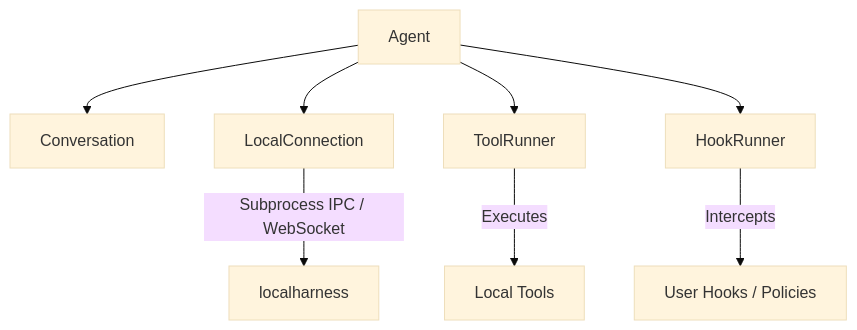
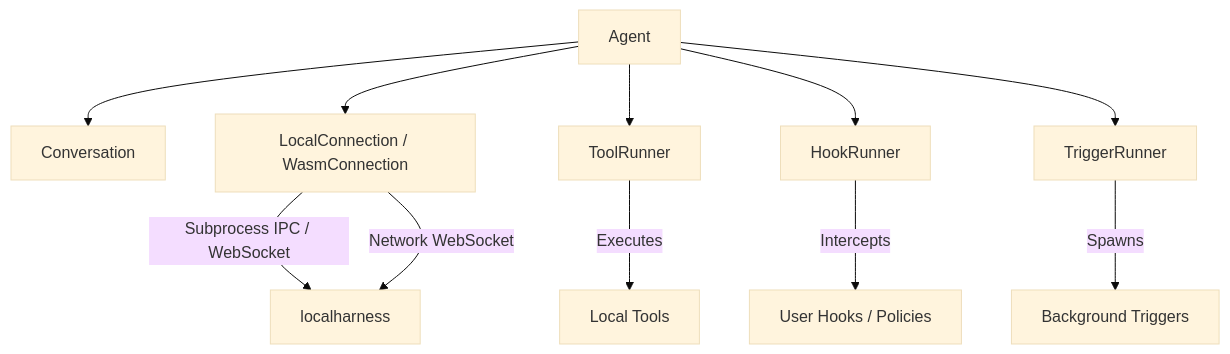
One commit to Navegos/antigravity-sdk-rust changed the first of 3 diagrams in ARCHITECTURE.md. Above: the diagram before and after it, drawn with Mermaid (base theme). The commit also changed other lines of this file and 2 other files, not shown here.

````diff
--- a/ARCHITECTURE.md
+++ b/ARCHITECTURE.md
@@ -11,10 +11,13 @@
 ```mermaid
 graph TD
     A[Agent] --> B[Conversation]
-    A --> C[LocalConnection]
+    A --> C[LocalConnection / WasmConnection]
     A --> D[ToolRunner]
     A --> E[HookRunner]
+    A --> I[TriggerRunner]
     C -->|Subprocess IPC / WebSocket| F[localharness]
+    C -->|Network WebSocket| F
     D -->|Executes| G[Local Tools]
     E -->|Intercepts| H[User Hooks / Policies]
+    I -->|Spawns| J[Background Triggers]
 ```
````
